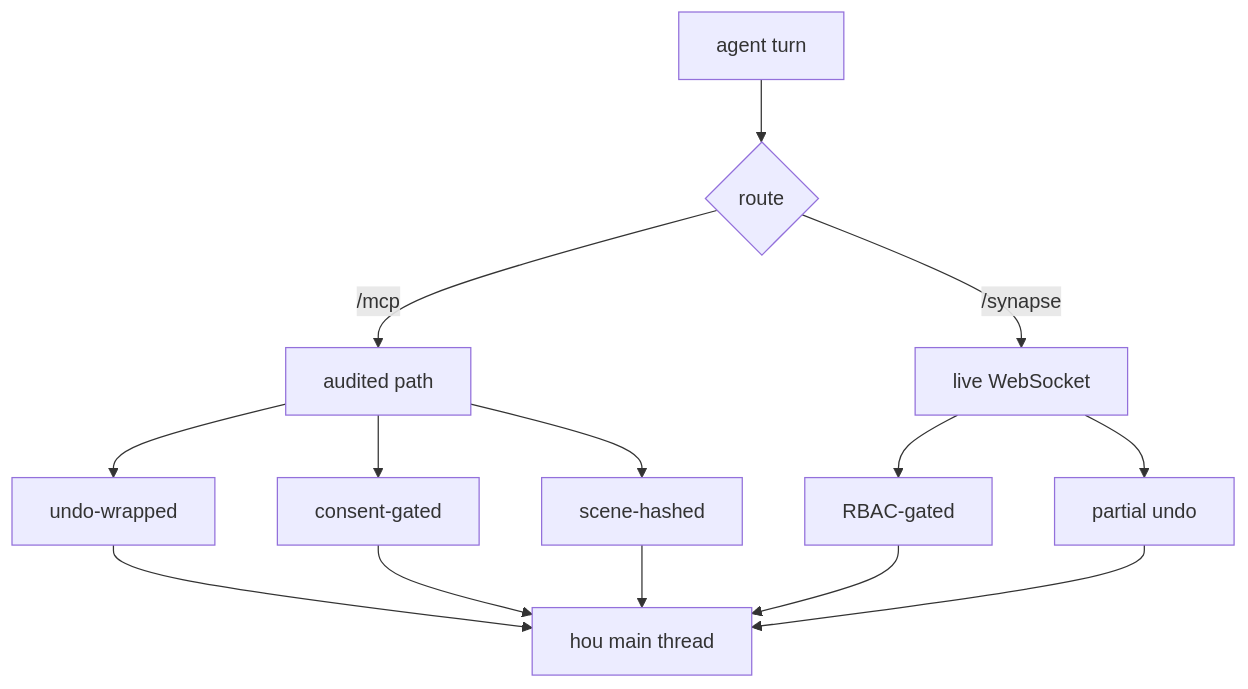
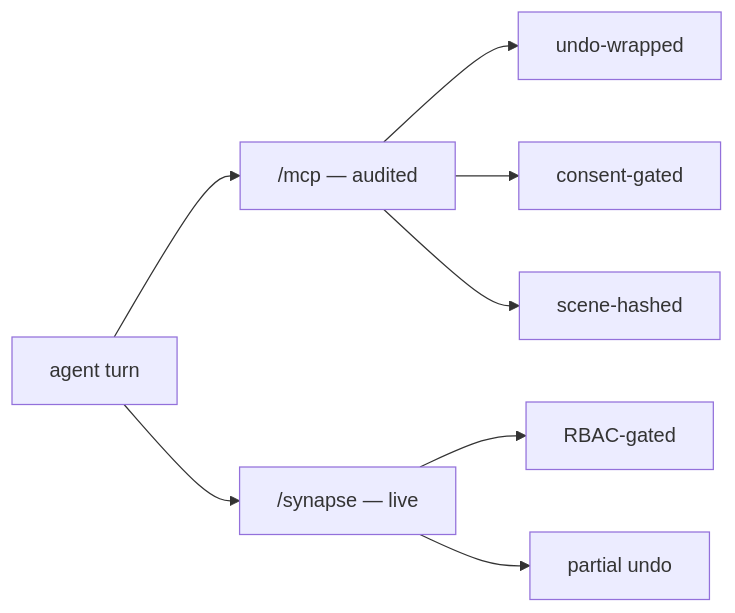
Before and after one commit to JosephOIbrahim/Synapse: the third of 3 diagrams in README.md, drawn with Mermaid. The commit also changed other lines of this file and 2 other files, not shown here.

````diff
--- a/README.md
+++ b/README.md
@@ -115,16 +135,10 @@
 ```mermaid
-flowchart TD
-    Q[agent turn] --> R{route}
-    R -->|/mcp| M[audited path]
-    R -->|/synapse| S[live WebSocket]
-    M --> M1[undo-wrapped]
-    M --> M2[consent-gated]
-    M --> M3[scene-hashed]
-    S --> S1[RBAC-gated]
-    S --> S2[partial undo]
-    M1 --> HOU[hou main thread]
-    M2 --> HOU
-    M3 --> HOU
-    S1 --> HOU
-    S2 --> HOU
+flowchart LR
+    T[agent turn] --> M["/mcp — audited"]
+    T --> S["/synapse — live"]
+    M --> A1[undo-wrapped]
+    M --> A2[consent-gated]
+    M --> A3[scene-hashed]
+    S --> B1[RBAC-gated]
+    S --> B2[partial undo]
 ```
````
